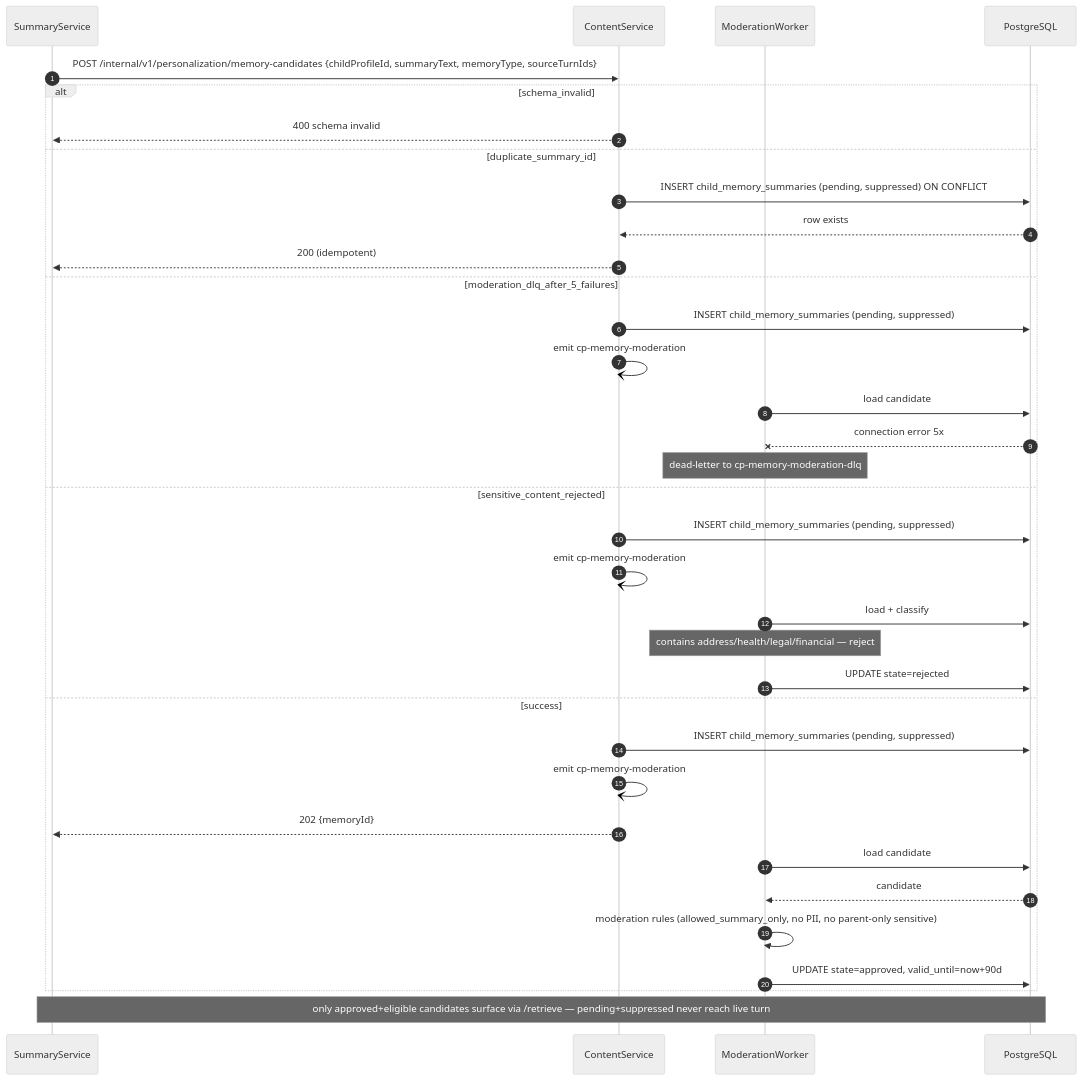
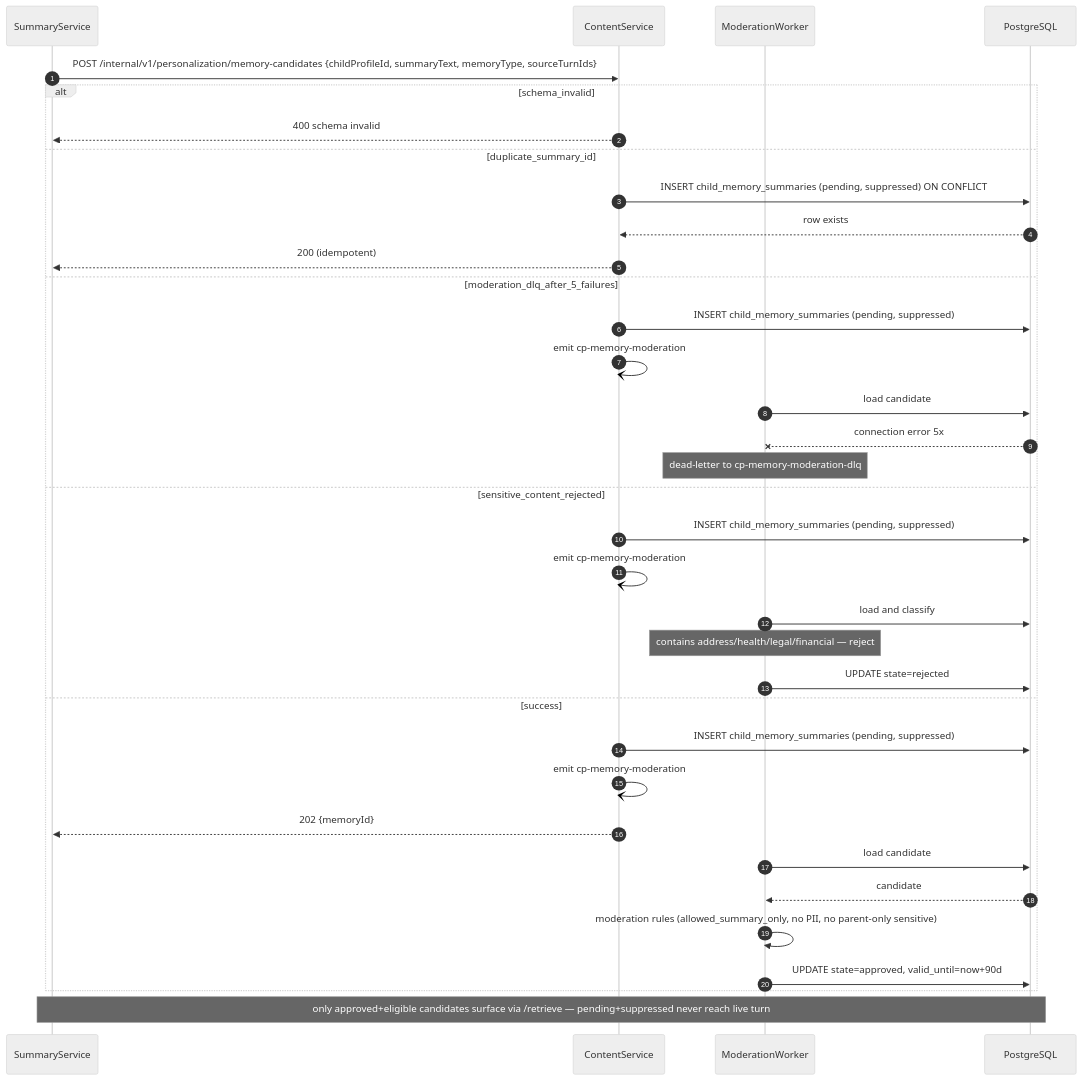
One commit to JSR-Algo/TJBOT-Mobile changed the diagram in migrate-ui-ux-to-mobile-app-docs/sequences/06-content/memory-ingest.sequence.mmd. Above: the diagram before and after it, drawn with Mermaid (neutral theme). The commit also changed 752 other files, not shown here.

```diff
--- a/migrate-ui-ux-to-mobile-app-docs/sequences/06-content/memory-ingest.sequence.mmd
+++ b/migrate-ui-ux-to-mobile-app-docs/sequences/06-content/memory-ingest.sequence.mmd
@@ -1,58 +1,58 @@
 ---
 system: sys-06-content-and-personalization
 flow_id: memory-ingest
 surface: internal-RPC
 spec_anchor: /software/systems/06-content-and-personalization#post-internal-v1-personalization-memory-candidates
 actors: [SummaryService, ContentService, ModerationWorker, PostgreSQL]
 apis:
   - POST /internal/v1/personalization/memory-candidates
 externals: []
 queues:
   - cp-memory-moderation
 failure_paths:
   - schema_invalid
   - sensitive_content_rejected
   - moderation_dlq_after_5_failures
   - duplicate_summary_id
 idempotency: memory_summary_id key — duplicate enqueue coalesced by SQS dedup; DB INSERT ON CONFLICT preserves first
 retry: 30s, 5m, 30m on moderation worker — DLQ after 5 failures
 timeout: ingest endpoint 1s — moderation job 60s
 status: final
 ---
 %% HAND-AUTHORED — sys-06 §"Memory Lifecycle" + §"Async Jobs and Queues" (no sequenceDiagram in spec).
 sequenceDiagram
     autonumber
     participant SummaryService
     participant ContentService
     participant ModerationWorker
     participant PostgreSQL
 
     SummaryService->>ContentService: POST /internal/v1/personalization/memory-candidates {childProfileId, summaryText, memoryType, sourceTurnIds}
     alt schema_invalid
         ContentService-->>SummaryService: 400 schema invalid
     else duplicate_summary_id
         ContentService->>PostgreSQL: INSERT child_memory_summaries (pending, suppressed) ON CONFLICT
         PostgreSQL-->>ContentService: row exists
         ContentService-->>SummaryService: 200 (idempotent)
     else moderation_dlq_after_5_failures
         ContentService->>PostgreSQL: INSERT child_memory_summaries (pending, suppressed)
         ContentService-)ContentService: emit cp-memory-moderation
         ModerationWorker->>PostgreSQL: load candidate
         PostgreSQL--xModerationWorker: connection error 5x
         Note over ModerationWorker: dead-letter to cp-memory-moderation-dlq
     else sensitive_content_rejected
         ContentService->>PostgreSQL: INSERT child_memory_summaries (pending, suppressed)
         ContentService-)ContentService: emit cp-memory-moderation
-        ModerationWorker->>PostgreSQL: load + classify
+        ModerationWorker->>PostgreSQL: load and classify
         Note over ModerationWorker: contains address/health/legal/financial — reject
         ModerationWorker->>PostgreSQL: UPDATE state=rejected
     else success
         ContentService->>PostgreSQL: INSERT child_memory_summaries (pending, suppressed)
         ContentService-)ContentService: emit cp-memory-moderation
         ContentService-->>SummaryService: 202 {memoryId}
         ModerationWorker->>PostgreSQL: load candidate
         PostgreSQL-->>ModerationWorker: candidate
         ModerationWorker->>ModerationWorker: moderation rules (allowed_summary_only, no PII, no parent-only sensitive)
         ModerationWorker->>PostgreSQL: UPDATE state=approved, valid_until=now+90d
     end
     Note over SummaryService,PostgreSQL: only approved+eligible candidates surface via /retrieve — pending+suppressed never reach live turn
```
